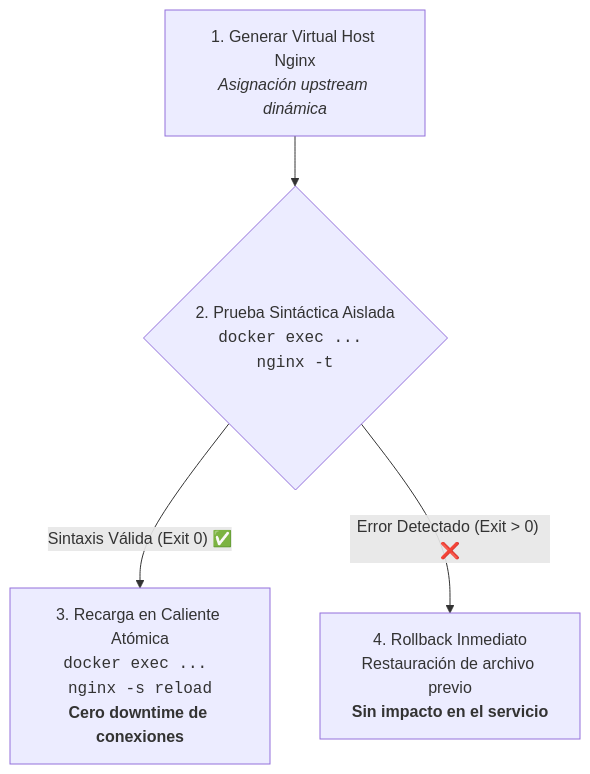
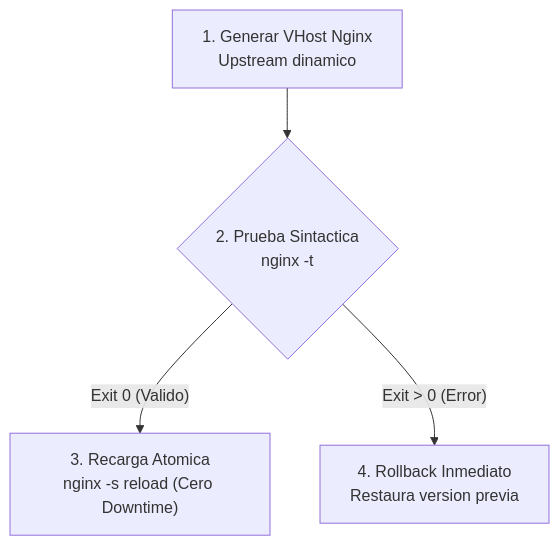
One commit to isora-cloud-group/stratum-hub changed the fourth of 4 diagrams in ARCHITECTURE.md. Above: the diagram before and after it, drawn with Mermaid. The commit also changed other lines of this file and 2 other files, not shown here.

Commit message:
docs: optimize diagrams with vertical orientation, concise labels, and decoupled link lists

````diff
--- a/ARCHITECTURE.md
+++ b/ARCHITECTURE.md
@@ -124,7 +130,7 @@
 ```mermaid
 flowchart TD
-    G1["1. Generar Virtual Host Nginx<br/><i>Asignación upstream dinámica</i>"] --> T1{"2. Prueba Sintáctica Aislada<br/><code>docker exec ... nginx -t</code>"}
+    G1["1. Generar VHost Nginx<br/>Upstream dinamico"] --> T1{"2. Prueba Sintactica<br/>nginx -t"}
     
-    T1 -->|"Sintaxis Válida (Exit 0) ✅"| RELOAD["3. Recarga en Caliente Atómica<br/><code>docker exec ... nginx -s reload</code><br/><b>Cero downtime de conexiones</b>"]
-    T1 -->|"Error Detectado (Exit > 0) ❌"| ROLLBACK["4. Rollback Inmediato<br/>Restauración de archivo previo<br/><b>Sin impacto en el servicio</b>"]
+    T1 -->|"Exit 0 (Valido)"| RELOAD["3. Recarga Atomica<br/>nginx -s reload (Cero Downtime)"]
+    T1 -->|"Exit > 0 (Error)"| ROLLBACK["4. Rollback Inmediato<br/>Restaura version previa"]
 ```
````
